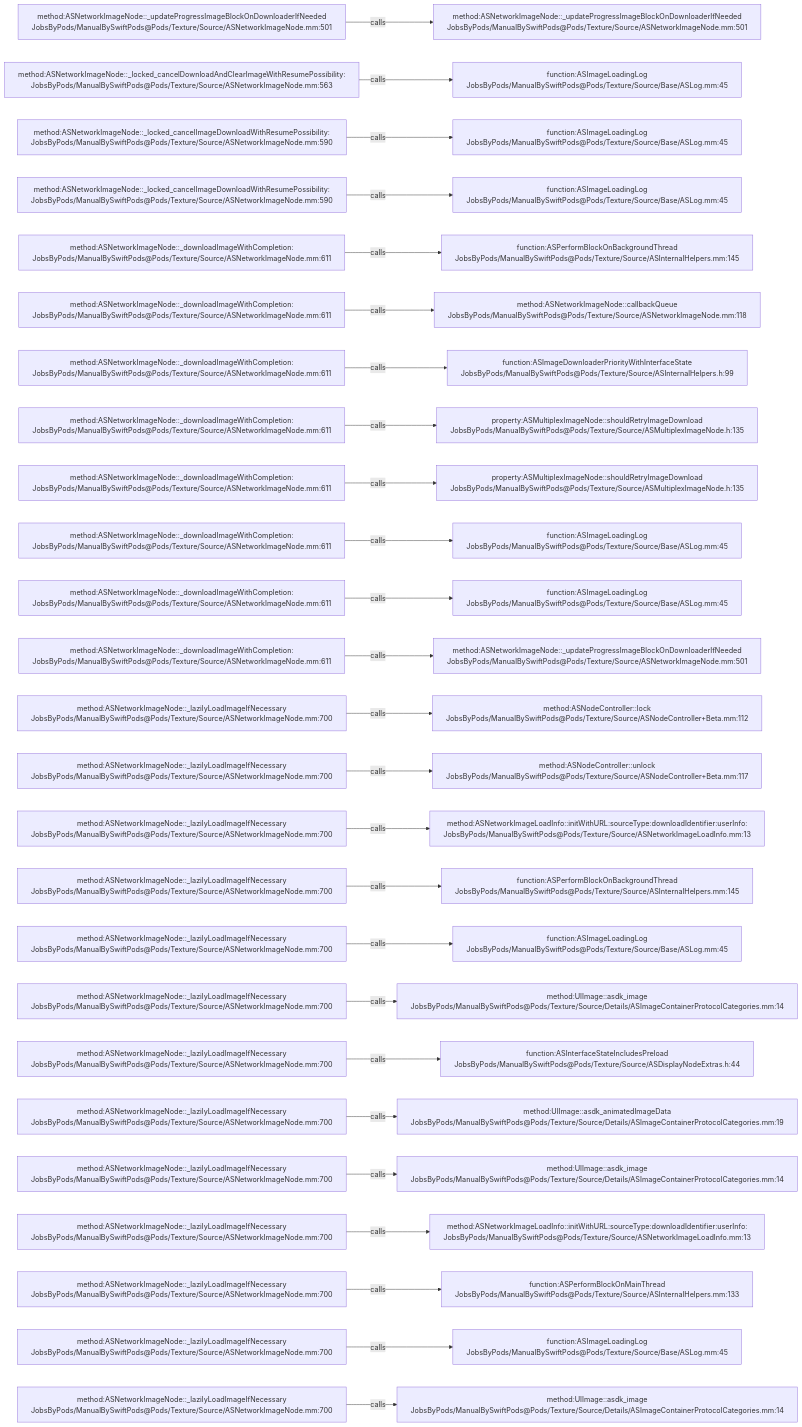
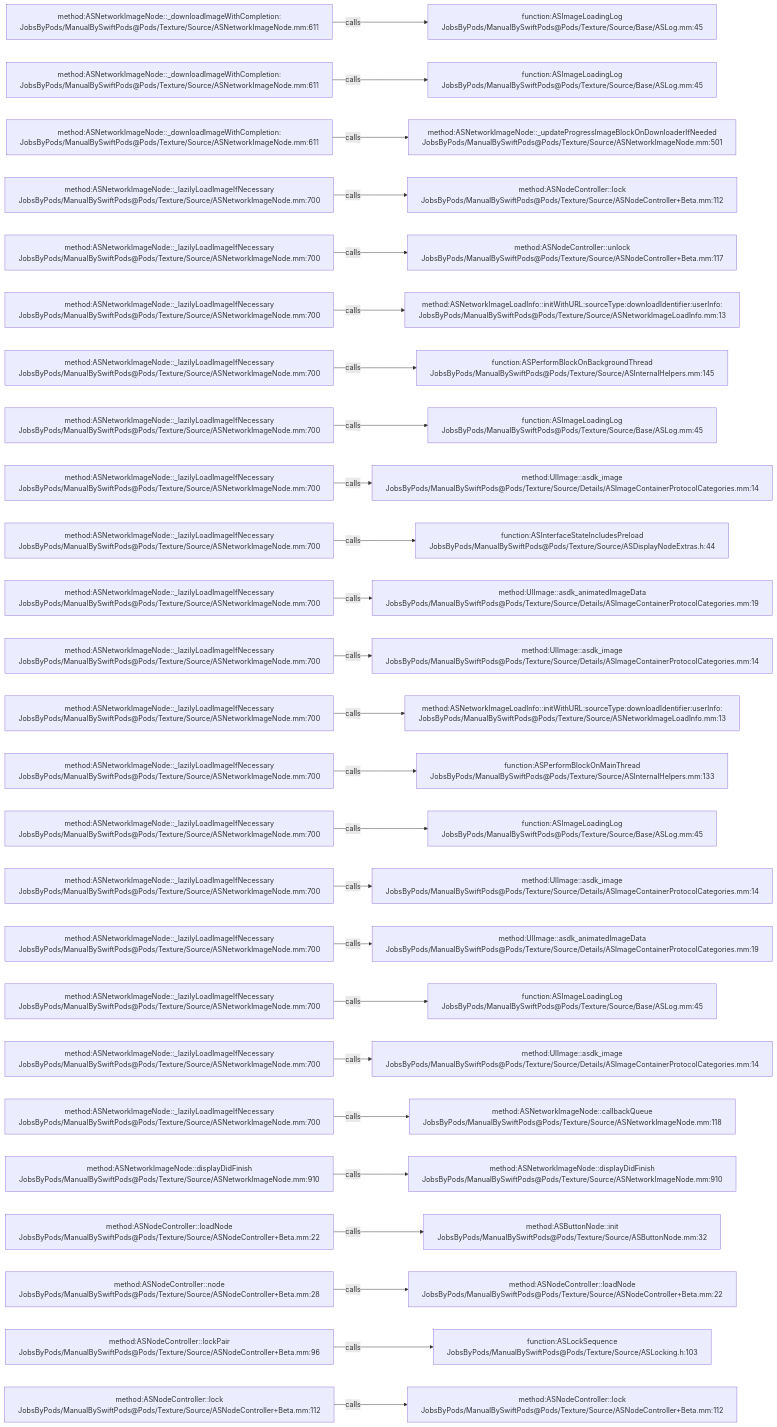
One commit to JobsKits/JobsSwiftBaseConfigDemo changed the diagram in .codegraph/codegraph.md/graphs/calls-051.md. Above: the diagram before and after it, drawn with Mermaid. The commit also changed 707 other files, not shown here.

````diff
--- a/.codegraph/codegraph.md/graphs/calls-051.md
+++ b/.codegraph/codegraph.md/graphs/calls-051.md
@@ -13,78 +13,78 @@
 ```mermaid
 flowchart LR
-  S1["method:ASNetworkImageNode::_updateProgressImageBlockOnDownloaderIfNeeded<br/>JobsByPods/ManualBySwiftPods@Pods/Texture/Source/ASNetworkImageNode.mm:501"]
-  T1["method:ASNetworkImageNode::_updateProgressImageBlockOnDownloaderIfNeeded<br/>JobsByPods/ManualBySwiftPods@Pods/Texture/Source/ASNetworkImageNode.mm:501"]
+  S1["method:ASNetworkImageNode::_downloadImageWithCompletion:<br/>JobsByPods/ManualBySwiftPods@Pods/Texture/Source/ASNetworkImageNode.mm:611"]
+  T1["function:ASImageLoadingLog<br/>JobsByPods/ManualBySwiftPods@Pods/Texture/Source/Base/ASLog.mm:45"]
   S1 -->|calls| T1
-  S2["method:ASNetworkImageNode::_locked_cancelDownloadAndClearImageWithResumePossibility:<br/>JobsByPods/ManualBySwiftPods@Pods/Texture/Source/ASNetworkImageNode.mm:563"]
+  S2["method:ASNetworkImageNode::_downloadImageWithCompletion:<br/>JobsByPods/ManualBySwiftPods@Pods/Texture/Source/ASNetworkImageNode.mm:611"]
   T2["function:ASImageLoadingLog<br/>JobsByPods/ManualBySwiftPods@Pods/Texture/Source/Base/ASLog.mm:45"]
   S2 -->|calls| T2
-  S3["method:ASNetworkImageNode::_locked_cancelImageDownloadWithResumePossibility:<br/>JobsByPods/ManualBySwiftPods@Pods/Texture/Source/ASNetworkImageNode.mm:590"]
-  T3["function:ASImageLoadingLog<br/>JobsByPods/ManualBySwiftPods@Pods/Texture/Source/Base/ASLog.mm:45"]
+  S3["method:ASNetworkImageNode::_downloadImageWithCompletion:<br/>JobsByPods/ManualBySwiftPods@Pods/Texture/Source/ASNetworkImageNode.mm:611"]
+  T3["method:ASNetworkImageNode::_updateProgressImageBlockOnDownloaderIfNeeded<br/>JobsByPods/ManualBySwiftPods@Pods/Texture/Source/ASNetworkImageNode.mm:501"]
   S3 -->|calls| T3
-  S4["method:ASNetworkImageNode::_locked_cancelImageDownloadWithResumePossibility:<br/>JobsByPods/ManualBySwiftPods@Pods/Texture/Source/ASNetworkImageNode.mm:590"]
-  T4["function:ASImageLoadingLog<br/>JobsByPods/ManualBySwiftPods@Pods/Texture/Source/Base/ASLog.mm:45"]
+  S4["method:ASNetworkImageNode::_lazilyLoadImageIfNecessary<br/>JobsByPods/ManualBySwiftPods@Pods/Texture/Source/ASNetworkImageNode.mm:700"]
+  T4["method:ASNodeController::lock<br/>JobsByPods/ManualBySwiftPods@Pods/Texture/Source/ASNodeController+Beta.mm:112"]
   S4 -->|calls| T4
-  S5["method:ASNetworkImageNode::_downloadImageWithCompletion:<br/>JobsByPods/ManualBySwiftPods@Pods/Texture/Source/ASNetworkImageNode.mm:611"]
-  T5["function:ASPerformBlockOnBackgroundThread<br/>JobsByPods/ManualBySwiftPods@Pods/Texture/Source/ASInternalHelpers.mm:145"]
+  S5["method:ASNetworkImageNode::_lazilyLoadImageIfNecessary<br/>JobsByPods/ManualBySwiftPods@Pods/Texture/Source/ASNetworkImageNode.mm:700"]
+  T5["method:ASNodeController::unlock<br/>JobsByPods/ManualBySwiftPods@Pods/Texture/Source/ASNodeController+Beta.mm:117"]
   S5 -->|calls| T5
-  S6["method:ASNetworkImageNode::_downloadImageWithCompletion:<br/>JobsByPods/ManualBySwiftPods@Pods/Texture/Source/ASNetworkImageNode.mm:611"]
-  T6["method:ASNetworkImageNode::callbackQueue<br/>JobsByPods/ManualBySwiftPods@Pods/Texture/Source/ASNetworkImageNode.mm:118"]
+  S6["method:ASNetworkImageNode::_lazilyLoadImageIfNecessary<br/>JobsByPods/ManualBySwiftPods@Pods/Texture/Source/ASNetworkImageNode.mm:700"]
+  T6["method:ASNetworkImageLoadInfo::initWithURL:sourceType:downloadIdentifier:userInfo:<br/>JobsByPods/ManualBySwiftPods@Pods/Texture/Source/ASNetworkImageLoadInfo.mm:13"]
   S6 -->|calls| T6
-  S7["method:ASNetworkImageNode::_downloadImageWithCompletion:<br/>JobsByPods/ManualBySwiftPods@Pods/Texture/Source/ASNetworkImageNode.mm:611"]
-  T7["function:ASImageDownloaderPriorityWithInterfaceState<br/>JobsByPods/ManualBySwiftPods@Pods/Texture/Source/ASInternalHelpers.h:99"]
+  S7["method:ASNetworkImageNode::_lazilyLoadImageIfNecessary<br/>JobsByPods/ManualBySwiftPods@Pods/Texture/Source/ASNetworkImageNode.mm:700"]
+  T7["function:ASPerformBlockOnBackgroundThread<br/>JobsByPods/ManualBySwiftPods@Pods/Texture/Source/ASInternalHelpers.mm:145"]
   S7 -->|calls| T7
-  S8["method:ASNetworkImageNode::_downloadImageWithCompletion:<br/>JobsByPods/ManualBySwiftPods@Pods/Texture/Source/ASNetworkImageNode.mm:611"]
-  T8["property:ASMultiplexImageNode::shouldRetryImageDownload<br/>JobsByPods/ManualBySwiftPods@Pods/Texture/Source/ASMultiplexImageNode.h:135"]
+  S8["method:ASNetworkImageNode::_lazilyLoadImageIfNecessary<br/>JobsByPods/ManualBySwiftPods@Pods/Texture/Source/ASNetworkImageNode.mm:700"]
+  T8["function:ASImageLoadingLog<br/>JobsByPods/ManualBySwiftPods@Pods/Texture/Source/Base/ASLog.mm:45"]
   S8 -->|calls| T8
-  S9["method:ASNetworkImageNode::_downloadImageWithCompletion:<br/>JobsByPods/ManualBySwiftPods@Pods/Texture/Source/ASNetworkImageNode.mm:611"]
-  T9["property:ASMultiplexImageNode::shouldRetryImageDownload<br/>JobsByPods/ManualBySwiftPods@Pods/Texture/Source/ASMultiplexImageNode.h:135"]
+  S9["method:ASNetworkImageNode::_lazilyLoadImageIfNecessary<br/>JobsByPods/ManualBySwiftPods@Pods/Texture/Source/ASNetworkImageNode.mm:700"]
+  T9["method:UIImage::asdk_image<br/>JobsByPods/ManualBySwiftPods@Pods/Texture/Source/Details/ASImageContainerProtocolCategories.mm:14"]
   S9 -->|calls| T9
-  S10["method:ASNetworkImageNode::_downloadImageWithCompletion:<br/>JobsByPods/ManualBySwiftPods@Pods/Texture/Source/ASNetworkImageNode.mm:611"]
-  T10["function:ASImageLoadingLog<br/>JobsByPods/ManualBySwiftPods@Pods/Texture/Source/Base/ASLog.mm:45"]
+  S10["method:ASNetworkImageNode::_lazilyLoadImageIfNecessary<br/>JobsByPods/ManualBySwiftPods@Pods/Texture/Source/ASNetworkImageNode.mm:700"]
+  T10["function:ASInterfaceStateIncludesPreload<br/>JobsByPods/ManualBySwiftPods@Pods/Texture/Source/ASDisplayNodeExtras.h:44"]
   S10 -->|calls| T10
-  S11["method:ASNetworkImageNode::_downloadImageWithCompletion:<br/>JobsByPods/ManualBySwiftPods@Pods/Texture/Source/ASNetworkImageNode.mm:611"]
-  T11["function:ASImageLoadingLog<br/>JobsByPods/ManualBySwiftPods@Pods/Texture/Source/Base/ASLog.mm:45"]
+  S11["method:ASNetworkImageNode::_lazilyLoadImageIfNecessary<br/>JobsByPods/ManualBySwiftPods@Pods/Texture/Source/ASNetworkImageNode.mm:700"]
+  T11["method:UIImage::asdk_animatedImageData<br/>JobsByPods/ManualBySwiftPods@Pods/Texture/Source/Details/ASImageContainerProtocolCategories.mm:19"]
   S11 -->|calls| T11
-  S12["method:ASNetworkImageNode::_downloadImageWithCompletion:<br/>JobsByPods/ManualBySwiftPods@Pods/Texture/Source/ASNetworkImageNode.mm:611"]
-  T12["method:ASNetworkImageNode::_updateProgressImageBlockOnDownloaderIfNeeded<br/>JobsByPods/ManualBySwiftPods@Pods/Texture/Source/ASNetworkImageNode.mm:501"]
+  S12["method:ASNetworkImageNode::_lazilyLoadImageIfNecessary<br/>JobsByPods/ManualBySwiftPods@Pods/Texture/Source/ASNetworkImageNode.mm:700"]
+  T12["method:UIImage::asdk_image<br/>JobsByPods/ManualBySwiftPods@Pods/Texture/Source/Details/ASImageContainerProtocolCategories.mm:14"]
   S12 -->|calls| T12
   S13["method:ASNetworkImageNode::_lazilyLoadImageIfNecessary<br/>JobsByPods/ManualBySwiftPods@Pods/Texture/Source/ASNetworkImageNode.mm:700"]
-  T13["method:ASNodeController::lock<br/>JobsByPods/ManualBySwiftPods@Pods/Texture/Source/ASNodeController+Beta.mm:112"]
+  T13["method:ASNetworkImageLoadInfo::initWithURL:sourceType:downloadIdentifier:userInfo:<br/>JobsByPods/ManualBySwiftPods@Pods/Texture/Source/ASNetworkImageLoadInfo.mm:13"]
   S13 -->|calls| T13
   S14["method:ASNetworkImageNode::_lazilyLoadImageIfNecessary<br/>JobsByPods/ManualBySwiftPods@Pods/Texture/Source/ASNetworkImageNode.mm:700"]
-  T14["method:ASNodeController::unlock<br/>JobsByPods/ManualBySwiftPods@Pods/Texture/Source/ASNodeController+Beta.mm:117"]
+  T14["function:ASPerformBlockOnMainThread<br/>JobsByPods/ManualBySwiftPods@Pods/Texture/Source/ASInternalHelpers.mm:133"]
   S14 -->|calls| T14
   S15["method:ASNetworkImageNode::_lazilyLoadImageIfNecessary<br/>JobsByPods/ManualBySwiftPods@Pods/Texture/Source/ASNetworkImageNode.mm:700"]
-  T15["method:ASNetworkImageLoadInfo::initWithURL:sourceType:downloadIdentifier:userInfo:<br/>JobsByPods/ManualBySwiftPods@Pods/Texture/Source/ASNetworkImageLoadInfo.mm:13"]
+  T15["function:ASImageLoadingLog<br/>JobsByPods/ManualBySwiftPods@Pods/Texture/Source/Base/ASLog.mm:45"]
   S15 -->|calls| T15
   S16["method:ASNetworkImageNode::_lazilyLoadImageIfNecessary<br/>JobsByPods/ManualBySwiftPods@Pods/Texture/Source/ASNetworkImageNode.mm:700"]
-  T16["function:ASPerformBlockOnBackgroundThread<br/>JobsByPods/ManualBySwiftPods@Pods/Texture/Source/ASInternalHelpers.mm:145"]
+  T16["method:UIImage::asdk_image<br/>JobsByPods/ManualBySwiftPods@Pods/Texture/Source/Details/ASImageContainerProtocolCategories.mm:14"]
   S16 -->|calls| T16
   S17["method:ASNetworkImageNode::_lazilyLoadImageIfNecessary<br/>JobsByPods/ManualBySwiftPods@Pods/Texture/Source/ASNetworkImageNode.mm:700"]
-  T17["function:ASImageLoadingLog<br/>JobsByPods/ManualBySwiftPods@Pods/Texture/Source/Base/ASLog.mm:45"]
+  T17["method:UIImage::asdk_animatedImageData<br/>JobsByPods/ManualBySwiftPods@Pods/Texture/Source/Details/ASImageContainerProtocolCategories.mm:19"]
   S17 -->|calls| T17
   S18["method:ASNetworkImageNode::_lazilyLoadImageIfNecessary<br/>JobsByPods/ManualBySwiftPods@Pods/Texture/Source/ASNetworkImageNode.mm:700"]
-  T18["method:UIImage::asdk_image<br/>JobsByPods/ManualBySwiftPods@Pods/Texture/Source/Details/ASImageContainerProtocolCategories.mm:14"]
+  T18["function:ASImageLoadingLog<br/>JobsByPods/ManualBySwiftPods@Pods/Texture/Source/Base/ASLog.mm:45"]
   S18 -->|calls| T18
   S19["method:ASNetworkImageNode::_lazilyLoadImageIfNecessary<br/>JobsByPods/ManualBySwiftPods@Pods/Texture/Source/ASNetworkImageNode.mm:700"]
-  T19["function:ASInterfaceStateIncludesPreload<br/>JobsByPods/ManualBySwiftPods@Pods/Texture/Source/ASDisplayNodeExtras.h:44"]
+  T19["method:UIImage::asdk_image<br/>JobsByPods/ManualBySwiftPods@Pods/Texture/Source/Details/ASImageContainerProtocolCategories.mm:14"]
   S19 -->|calls| T19
   S20["method:ASNetworkImageNode::_lazilyLoadImageIfNecessary<br/>JobsByPods/ManualBySwiftPods@Pods/Texture/Source/ASNetworkImageNode.mm:700"]
-  T20["method:UIImage::asdk_animatedImageData<br/>JobsByPods/ManualBySwiftPods@Pods/Texture/Source/Details/ASImageContainerProtocolCategories.mm:19"]
+  T20["method:ASNetworkImageNode::callbackQueue<br/>JobsByPods/ManualBySwiftPods@Pods/Texture/Source/ASNetworkImageNode.mm:118"]
   S20 -->|calls| T20
-  S21["method:ASNetworkImageNode::_lazilyLoadImageIfNecessary<br/>JobsByPods/ManualBySwiftPods@Pods/Texture/Source/ASNetworkImageNode.mm:700"]
-  T21["method:UIImage::asdk_image<br/>JobsByPods/ManualBySwiftPods@Pods/Texture/Source/Details/ASImageContainerProtocolCategories.mm:14"]
+  S21["method:ASNetworkImageNode::displayDidFinish<br/>JobsByPods/ManualBySwiftPods@Pods/Texture/Source/ASNetworkImageNode.mm:910"]
+  T21["method:ASNetworkImageNode::displayDidFinish<br/>JobsByPods/ManualBySwiftPods@Pods/Texture/Source/ASNetworkImageNode.mm:910"]
   S21 -->|calls| T21
-  S22["method:ASNetworkImageNode::_lazilyLoadImageIfNecessary<br/>JobsByPods/ManualBySwiftPods@Pods/Texture/Source/ASNetworkImageNode.mm:700"]
-  T22["method:ASNetworkImageLoadInfo::initWithURL:sourceType:downloadIdentifier:userInfo:<br/>JobsByPods/ManualBySwiftPods@Pods/Texture/Source/ASNetworkImageLoadInfo.mm:13"]
+  S22["method:ASNodeController::loadNode<br/>JobsByPods/ManualBySwiftPods@Pods/Texture/Source/ASNodeController+Beta.mm:22"]
+  T22["method:ASButtonNode::init<br/>JobsByPods/ManualBySwiftPods@Pods/Texture/Source/ASButtonNode.mm:32"]
   S22 -->|calls| T22
-  S23["method:ASNetworkImageNode::_lazilyLoadImageIfNecessary<br/>JobsByPods/ManualBySwiftPods@Pods/Texture/Source/ASNetworkImageNode.mm:700"]
-  T23["function:ASPerformBlockOnMainThread<br/>JobsByPods/ManualBySwiftPods@Pods/Texture/Source/ASInternalHelpers.mm:133"]
+  S23["method:ASNodeController::node<br/>JobsByPods/ManualBySwiftPods@Pods/Texture/Source/ASNodeController+Beta.mm:28"]
+  T23["method:ASNodeController::loadNode<br/>JobsByPods/ManualBySwiftPods@Pods/Texture/Source/ASNodeController+Beta.mm:22"]
   S23 -->|calls| T23
-  S24["method:ASNetworkImageNode::_lazilyLoadImageIfNecessary<br/>JobsByPods/ManualBySwiftPods@Pods/Texture/Source/ASNetworkImageNode.mm:700"]
-  T24["function:ASImageLoadingLog<br/>JobsByPods/ManualBySwiftPods@Pods/Texture/Source/Base/ASLog.mm:45"]
+  S24["method:ASNodeController::lockPair<br/>JobsByPods/ManualBySwiftPods@Pods/Texture/Source/ASNodeController+Beta.mm:96"]
+  T24["function:ASLockSequence<br/>JobsByPods/ManualBySwiftPods@Pods/Texture/Source/ASLocking.h:103"]
   S24 -->|calls| T24
-  S25["method:ASNetworkImageNode::_lazilyLoadImageIfNecessary<br/>JobsByPods/ManualBySwiftPods@Pods/Texture/Source/ASNetworkImageNode.mm:700"]
-  T25["method:UIImage::asdk_image<br/>JobsByPods/ManualBySwiftPods@Pods/Texture/Source/Details/ASImageContainerProtocolCategories.mm:14"]
+  S25["method:ASNodeController::lock<br/>JobsByPods/ManualBySwiftPods@Pods/Texture/Source/ASNodeController+Beta.mm:112"]
+  T25["method:ASNodeController::lock<br/>JobsByPods/ManualBySwiftPods@Pods/Texture/Source/ASNodeController+Beta.mm:112"]
   S25 -->|calls| T25
 ```
````
